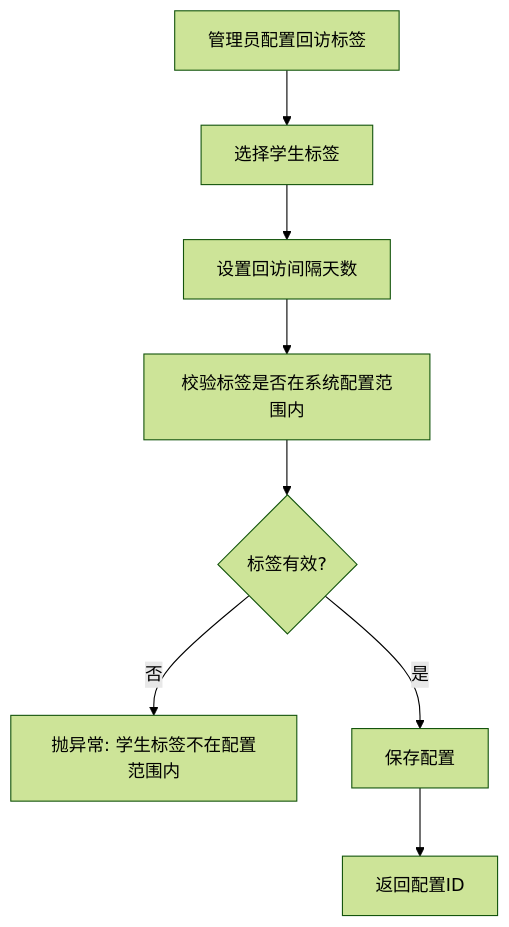
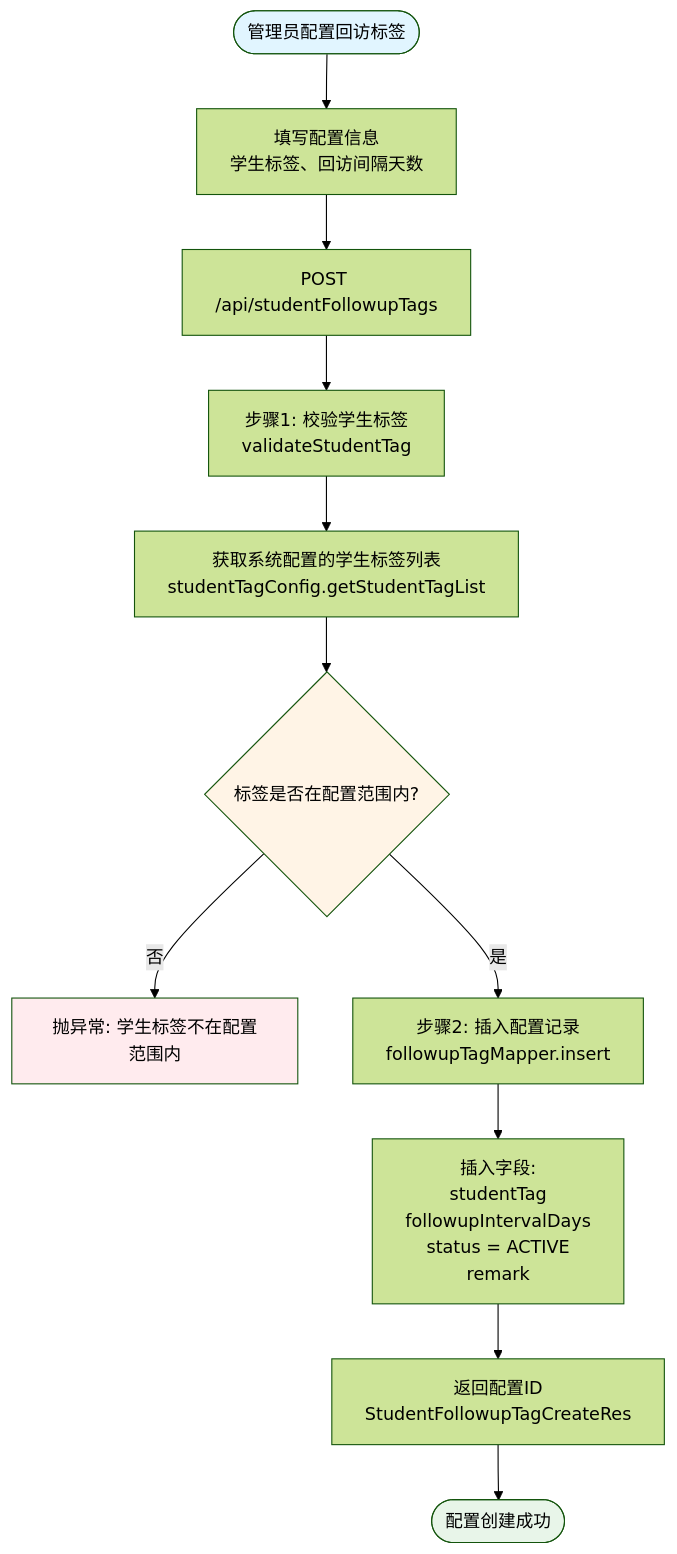
One commit to Smithhss/YanQue-Admin changed diagram 54 of 59 in docs/tutorial.md. Above: the diagram before and after it, drawn with Mermaid (forest theme). The commit also changed other lines of this file and 4 other files, not shown here.

First line of the commit message:
docs: 完善教程文档第 10-20 章 - 补充详细流程图和注释

````diff
--- a/docs/tutorial.md
+++ b/docs/tutorial.md
@@ -7013,10 +8541,26 @@
 ```mermaid
-flowchart TD
-    A[管理员配置回访标签] --> B[选择学生标签]
-    B --> C[设置回访间隔天数]
-    C --> D[校验标签是否在系统配置范围内]
-    D --> E{标签有效?}
-    E -- 否 --> F[抛异常: 学生标签不在配置范围内]
-    E -- 是 --> G[保存配置]
-    G --> H[返回配置ID]
+flowchart TB
+    Start([管理员配置回访标签]) --> Form[填写配置信息<br/>学生标签、回访间隔天数]
+    
+    Form --> Submit[POST /api/studentFollowupTags]
+    
+    Submit --> Step1[步骤1: 校验学生标签<br/>validateStudentTag]
+    
+    Step1 --> GetConfig[获取系统配置的学生标签列表<br/>studentTagConfig.getStudentTagList]
+    
+    GetConfig --> Check1{标签是否在配置范围内?}
+    
+    Check1 -->|否| Error1[抛异常: 学生标签不在配置范围内]
+    Check1 -->|是| Step2[步骤2: 插入配置记录<br/>followupTagMapper.insert]
+    
+    Step2 --> Insert[插入字段:<br/>studentTag<br/>followupIntervalDays<br/>status = ACTIVE<br/>remark]
+    
+    Insert --> Return[返回配置ID<br/>StudentFollowupTagCreateRes]
+    
+    Return --> End([配置创建成功])
+    
+    style Start fill:#e1f5ff
+    style End fill:#e8f5e9
+    style Error1 fill:#ffebee
+    style Check1 fill:#fff4e6
 ```
````
